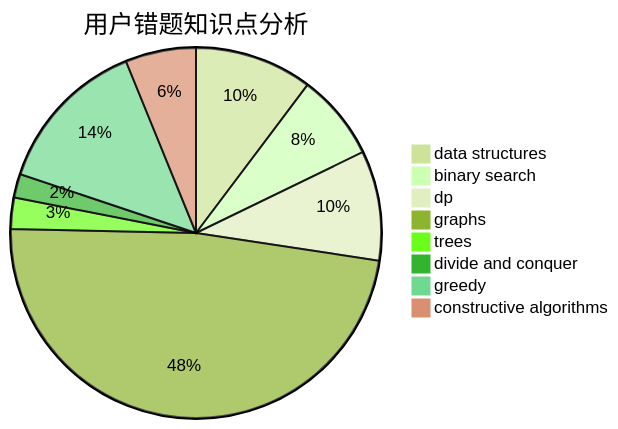
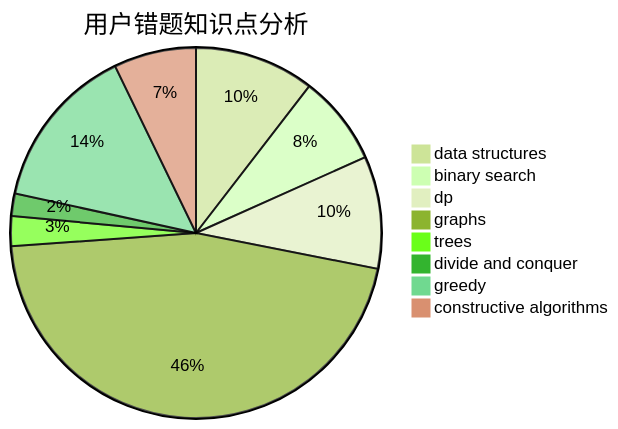
The third of 3 diagrams in docs/user/u584.md (sherpahu/cfrs.github.io), drawn with Mermaid (forest theme) before and after one commit. The commit also changed other lines of this file and 2770 other files, not shown here.

````diff
--- a/docs/user/u584.md
+++ b/docs/user/u584.md
@@ -36,11 +36,11 @@
 ```mermaid
 pie title 用户错题知识点分析
-    "data structures" :  15
-    "binary search" :  11
-    "dp" :  14
+    "data structures" :  16
+    "binary search" :  12
+    "dp" :  15
     "graphs" :  70
     "trees" :  4
     "divide and conquer" :  3
-    "greedy" :  20
-    "constructive algorithms" :  9
+    "greedy" :  22
+    "constructive algorithms" :  11
 ```
````
